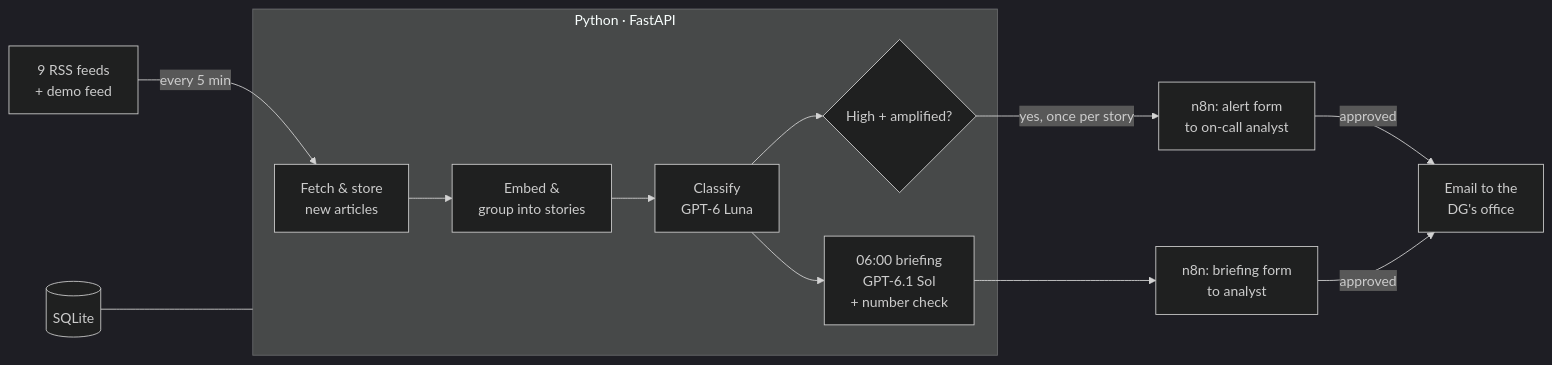
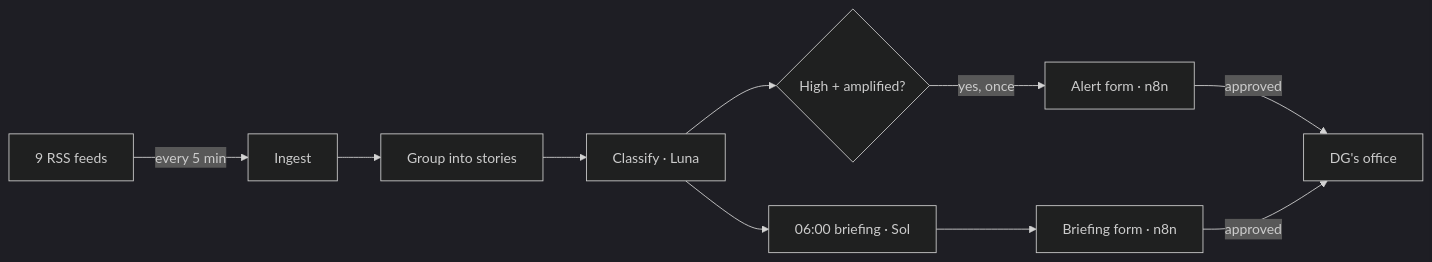
Before and after one commit to Taha-Alnasser/Marsad: the diagram in README.md, drawn with Mermaid (dark theme). The commit also changed other lines of this file and 2 other files, not shown here.

Commit message:
Shorter docs and architecture PDF

````diff
--- a/README.md
+++ b/README.md
@@ -60,15 +53,12 @@
 ```mermaid
 flowchart LR
-    F[9 RSS feeds<br/>+ demo feed] -->|every 5 min| I[Fetch & store<br/>new articles]
-    subgraph Python [Python · FastAPI]
-      I --> E[Embed &<br/>group into stories]
-      E --> C[Classify<br/>GPT-6 Luna]
-      C --> A{High + amplified?}
-      C --> B[06:00 briefing<br/>GPT-6.1 Sol<br/>+ number check]
-    end
-    A -->|yes, once per story| N1[n8n: alert form<br/>to on-call analyst]
-    B --> N2[n8n: briefing form<br/>to analyst]
-    N1 -->|approved| DG[Email to the<br/>DG's office]
+    F[9 RSS feeds] -->|every 5 min| I[Ingest]
+    I --> G[Group into stories]
+    G --> C[Classify · Luna]
+    C --> A{High + amplified?}
+    C --> B[06:00 briefing · Sol]
+    A -->|yes, once| N1[Alert form · n8n]
+    B --> N2[Briefing form · n8n]
+    N1 -->|approved| DG[DG's office]
     N2 -->|approved| DG
-    DB[(SQLite)] --- Python
 ```
````
